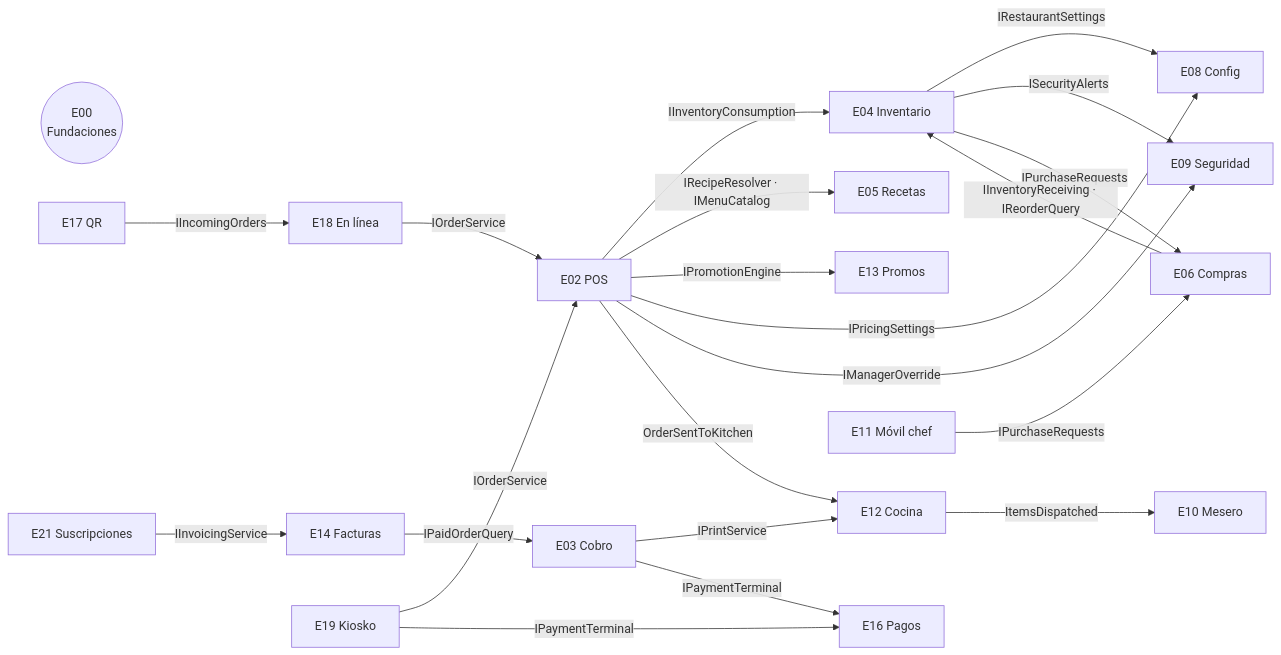
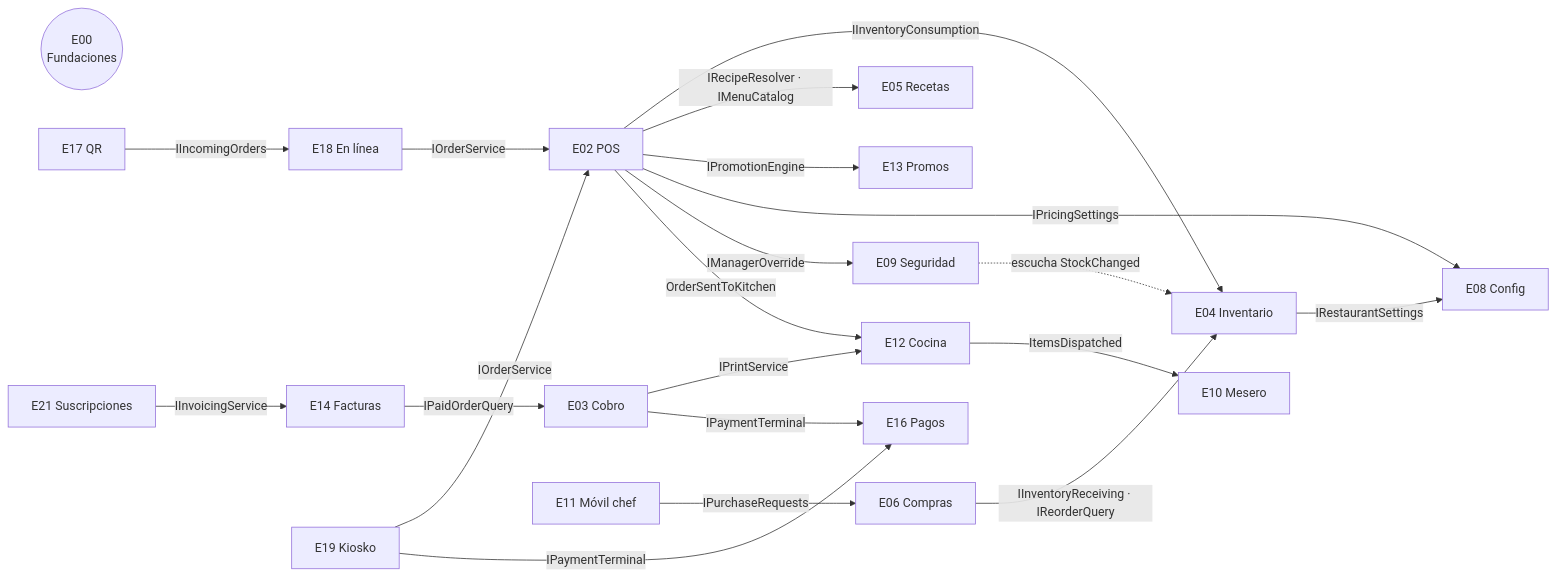
The diagram in docs/contratos.md (dcsoftwareapps/Resto), drawn with Mermaid before and after one commit. The commit also changed other lines of this file and 46 other files, not shown here.

````diff
--- a/docs/contratos.md
+++ b/docs/contratos.md
@@ -9,24 +9,23 @@
 ```mermaid
 flowchart LR
   E00((E00<br/>Fundaciones))
   E02[E02 POS] -- IInventoryConsumption --> E04[E04 Inventario]
   E02 -- IRecipeResolver · IMenuCatalog --> E05[E05 Recetas]
   E02 -- IPromotionEngine --> E13[E13 Promos]
   E02 -- IPricingSettings --> E08[E08 Config]
   E02 -- IManagerOverride --> E09[E09 Seguridad]
   E02 -- OrderSentToKitchen --> E12[E12 Cocina]
   E12 -- ItemsDispatched --> E10[E10 Mesero]
   E03[E03 Cobro] -- IPrintService --> E12
   E03 -- IPaymentTerminal --> E16[E16 Pagos]
   E14[E14 Facturas] -- IPaidOrderQuery --> E03
   E04 -- IRestaurantSettings --> E08
-  E04 -- ISecurityAlerts --> E09
-  E04 -- IPurchaseRequests --> E06[E06 Compras]
-  E06 -- IInventoryReceiving · IReorderQuery --> E04
+  E09 -. escucha StockChanged .-> E04
+  E06[E06 Compras] -- IInventoryReceiving · IReorderQuery --> E04
   E11[E11 Móvil chef] -- IPurchaseRequests --> E06
   E17[E17 QR] -- IIncomingOrders --> E18[E18 En línea]
   E18 -- IOrderService --> E02
   E19[E19 Kiosko] -- IOrderService --> E02
   E19 -- IPaymentTerminal --> E16
   E21[E21 Suscripciones] -- IInvoicingService --> E14
 ```
````
